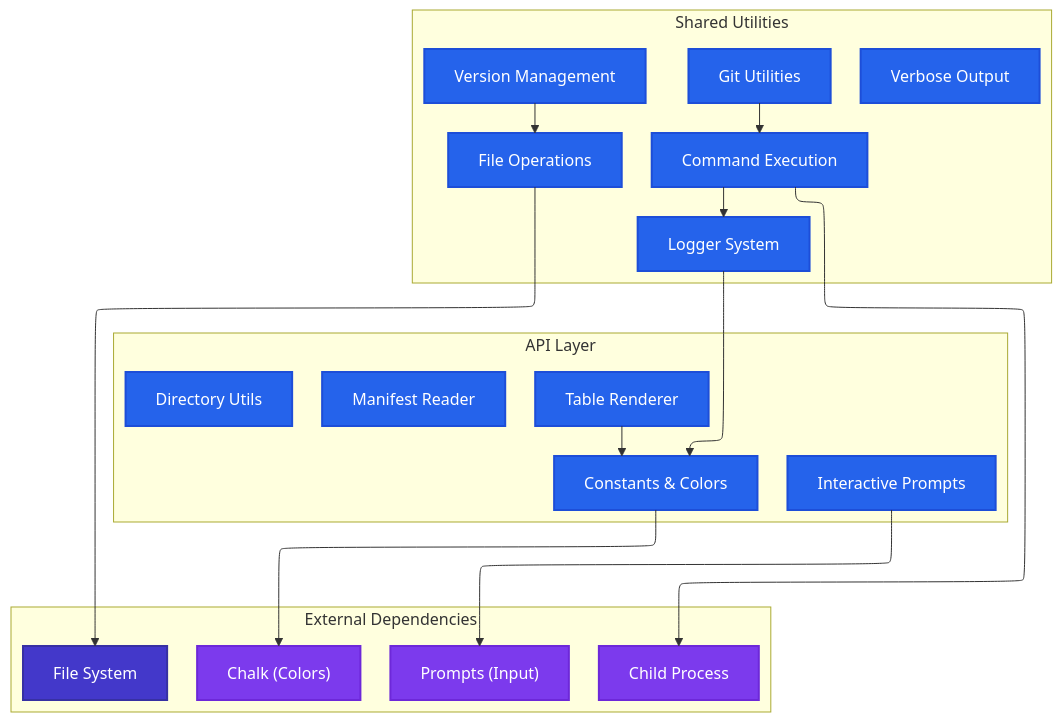
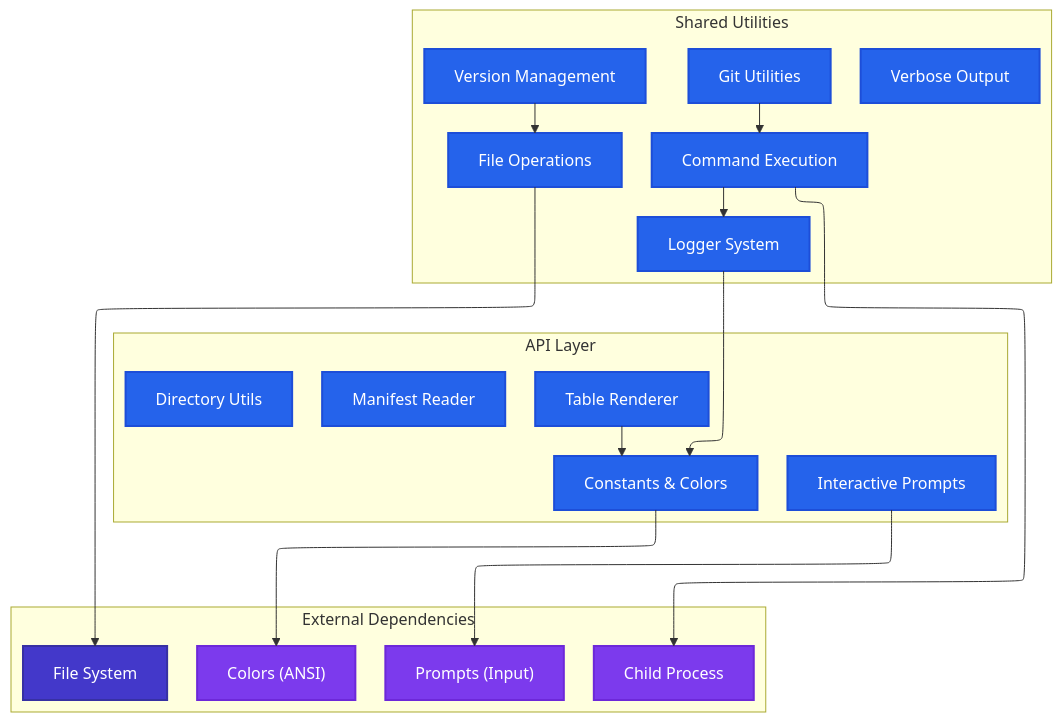
The first of 8 diagrams in docs/core-apis-utilities.md (Maik3345/projex-toolbet), drawn with Mermaid before and after one commit. The commit also changed other lines of this file and 25 other files, not shown here.

````diff
--- a/docs/core-apis-utilities.md
+++ b/docs/core-apis-utilities.md
@@ -9,42 +9,42 @@
 ```mermaid
 %%{init: { "flowchart": { "defaultRenderer": "elk" } } }%%
 flowchart TB
     classDef statementClass fill:#2563eb,color:white,stroke:#1d4ed8,stroke-width:2px
     classDef dbClass fill:#4338ca,color:white,stroke:#3730a3,stroke-width:2px
     classDef amazonClass fill:#7c3aed,color:white,stroke:#6d28d9,stroke-width:2px
 
     subgraph "API Layer"
         constants["Constants & Colors"]:::statementClass
         directory["Directory Utils"]:::statementClass
         manifest["Manifest Reader"]:::statementClass
         table["Table Renderer"]:::statementClass
         prompts["Interactive Prompts"]:::statementClass
     end
 
     subgraph "Shared Utilities"
         logger["Logger System"]:::statementClass
         verbose["Verbose Output"]:::statementClass
         files["File Operations"]:::statementClass
         git["Git Utilities"]:::statementClass
         commands["Command Execution"]:::statementClass
         version["Version Management"]:::statementClass
     end
 
-    subgraph "External Dependencies"
-        chalk["Chalk (Colors)"]:::amazonClass
-        inquirer["Prompts (Input)"]:::amazonClass
-        fs["File System"]:::dbClass
-        child_process["Child Process"]:::amazonClass
-    end
+  subgraph "External Dependencies"
+    colors["Colors (ANSI)"]:::amazonClass
+    inquirer["Prompts (Input)"]:::amazonClass
+    fs["File System"]:::dbClass
+    child_process["Child Process"]:::amazonClass
+  end
 
-    constants --> chalk
-    prompts --> inquirer
-    files --> fs
-    commands --> child_process
+  constants --> colors
+  prompts --> inquirer
+  files --> fs
+  commands --> child_process
     
     logger --> constants
     table --> constants
     commands --> logger
     git --> commands
     version --> files
 ```
````
